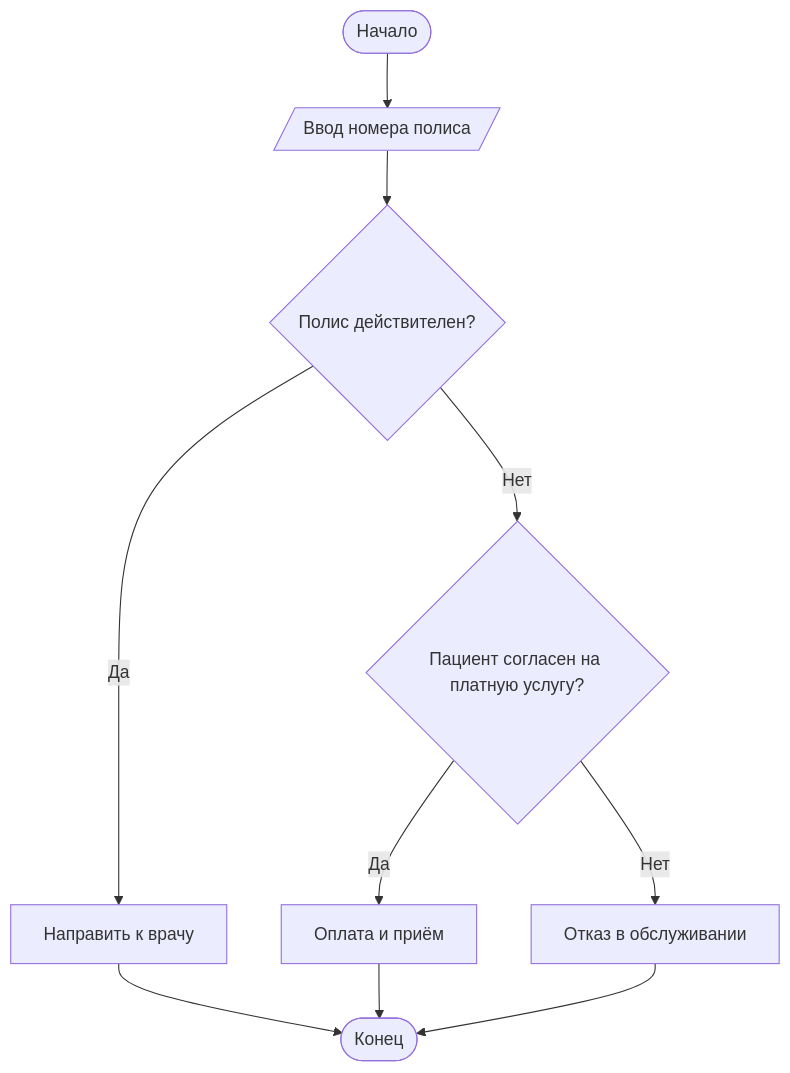
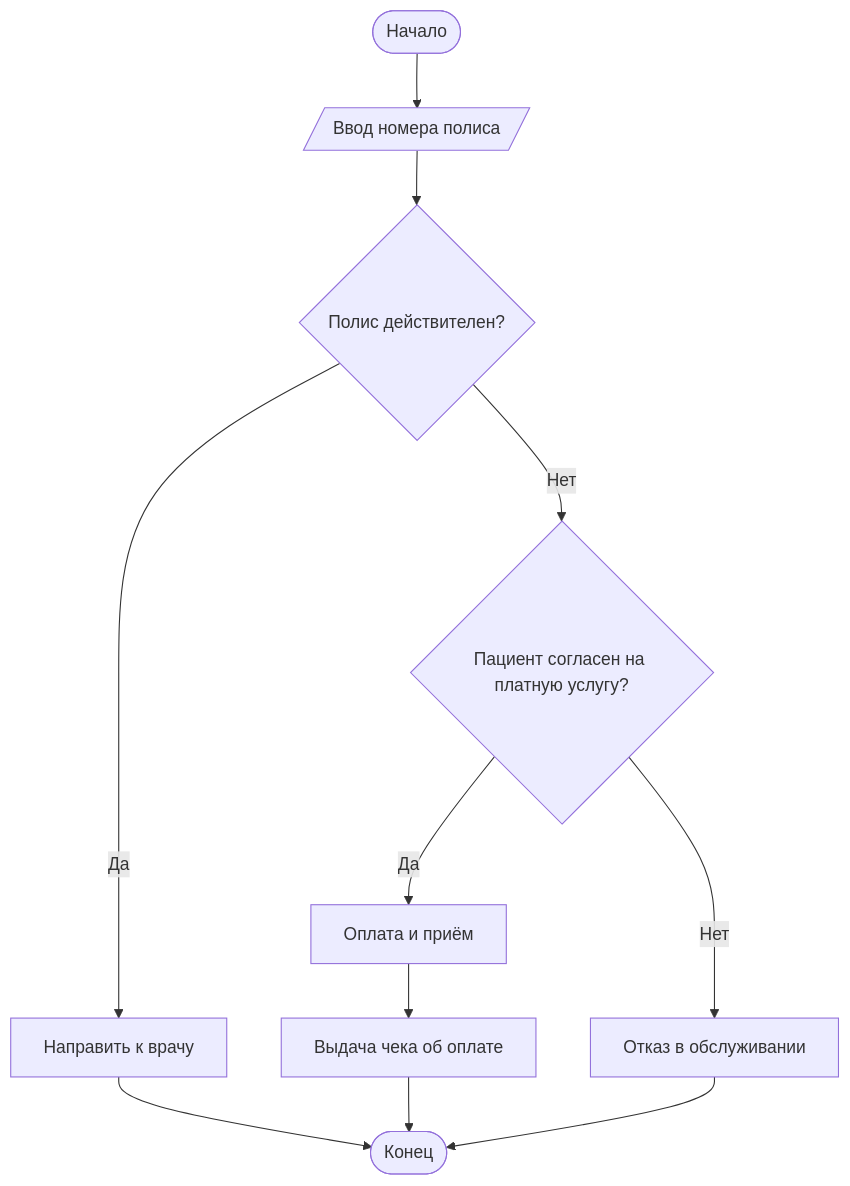
The diagram in lab1/docs/flowchart.md (Renayce/visual-programming-labs-Lisay), drawn with Mermaid before and after one commit. The commit also changed 1 other file, not shown here.

Commit message:
Update Mermaid: add minor element

````diff
--- a/lab1/docs/flowchart.md
+++ b/lab1/docs/flowchart.md
@@ -3,12 +3,13 @@
 ```mermaid
 flowchart TD
     Start([Начало]) --> Input[/Ввод номера полиса/]
     Input --> Check{Полис действителен?}
     Check -->|Да| Valid[Направить к врачу]
     Check -->|Нет| Invalid{Пациент согласен на платную услугу?}
     Invalid -->|Да| Paid[Оплата и приём]
     Invalid -->|Нет| Refuse[Отказ в обслуживании]
-    Valid --> End([Конец])
-    Paid --> End
+    Paid --> Receipt[Выдача чека об оплате]
+    Receipt --> End([Конец])
+    Valid --> End
     Refuse --> End
 ```
````
